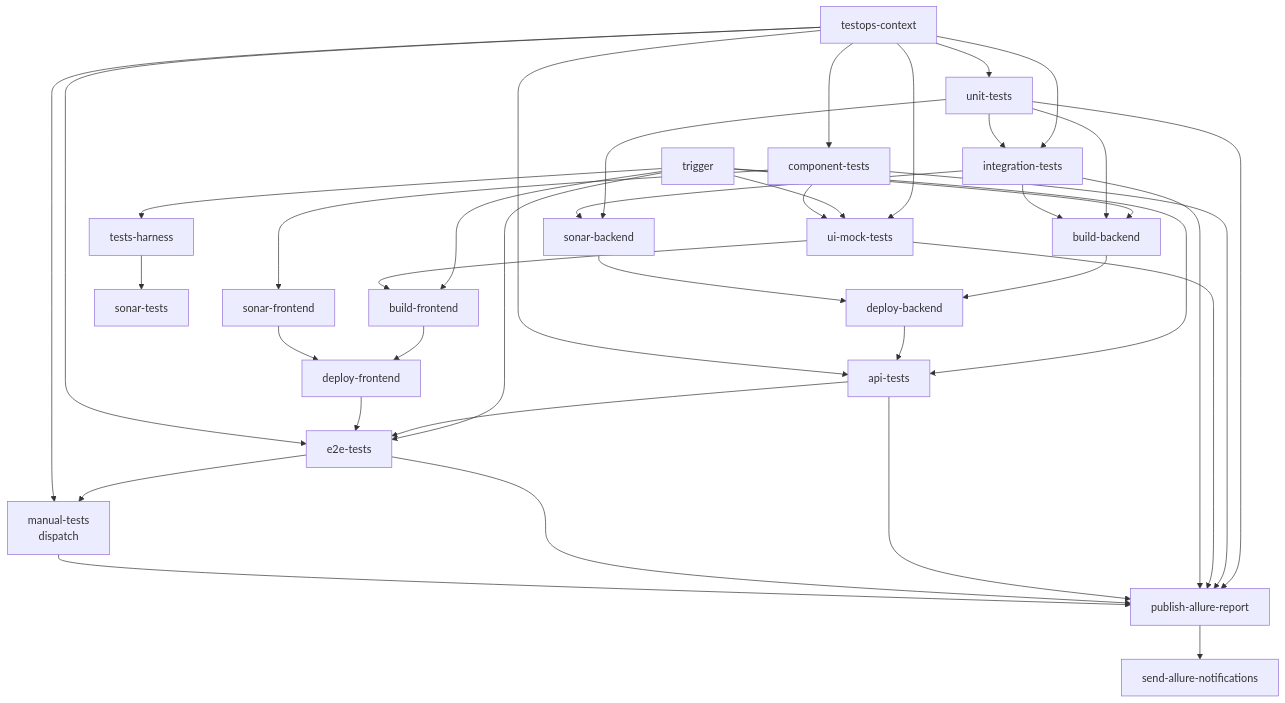
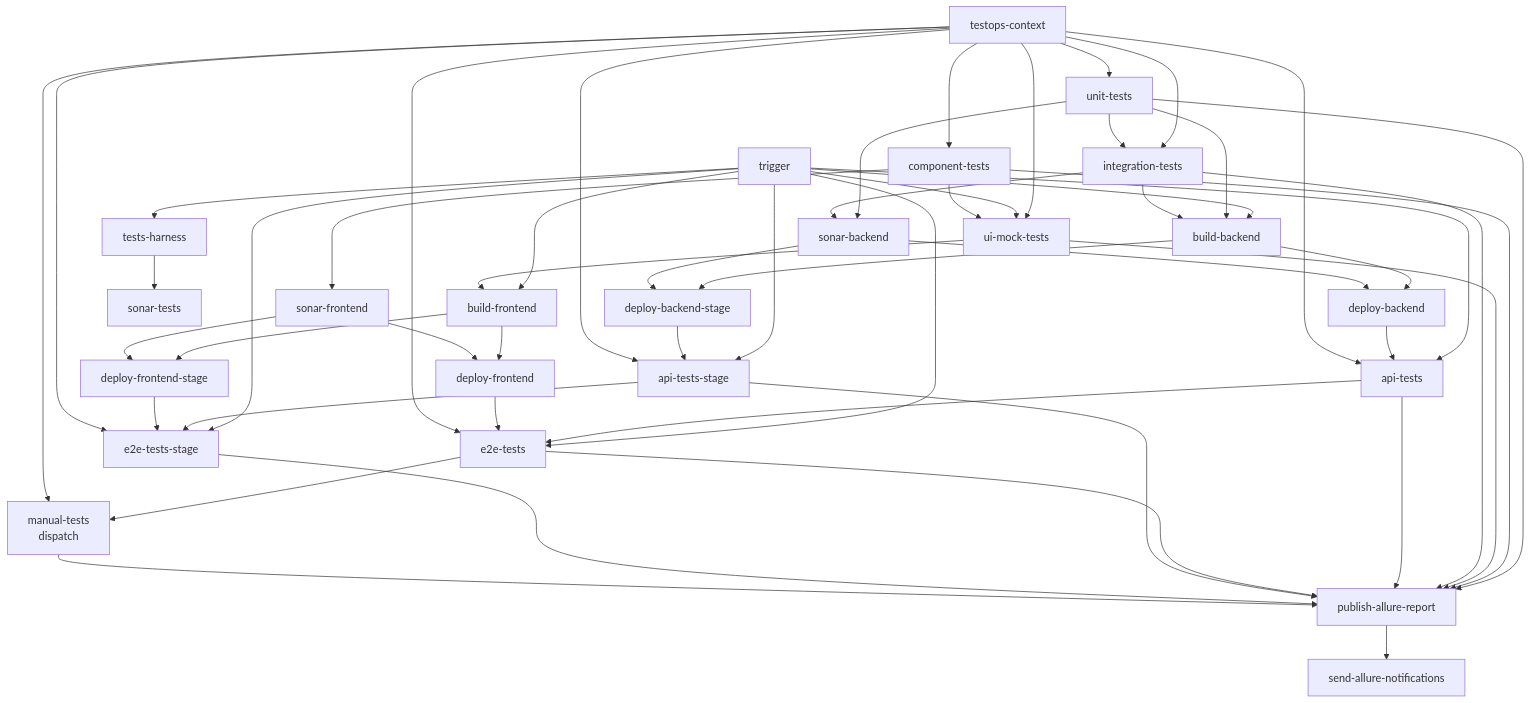
Before and after one commit to autotests-ai/autotests-ai-multistack-app: the diagram in README.md, drawn with Mermaid. The commit also changed other lines of this file and 10 other files, not shown here.

First line of the commit message:
ci: full api/e2e on stage, @Tag(prod) slice on production

````diff
--- a/README.md
+++ b/README.md
@@ -77,47 +77,59 @@
 ```mermaid
 flowchart TB
   TRG[trigger]
   TOC[testops-context]
 
   TOC --> UNIT[unit-tests]
   TOC --> COMP[component-tests]
   TRG --> H[tests-harness]
   TOC --> MOCK[ui-mock-tests]
   TOC --> INT[integration-tests]
 
   TRG --> MOCK
   TRG --> BB
   TRG --> BF
   TRG --> API
   TRG --> E2E
+  TRG --> APIS
+  TRG --> E2ES
 
   UNIT --> INT
   UNIT --> SB[sonar-backend]
   INT --> SB
   COMP --> SF[sonar-frontend]
   COMP --> MOCK
   H --> ST[sonar-tests]
 
   UNIT --> BB[build-backend]
   INT --> BB
   MOCK --> BF[build-frontend]
 
   BB --> DB[deploy-backend]
   SB --> DB
+  BB --> DBS[deploy-backend-stage]
+  SB --> DBS
 
   BF --> DF[deploy-frontend]
   SF --> DF
+  BF --> DFS[deploy-frontend-stage]
+  SF --> DFS
 
   DB --> API[api-tests]
   TOC --> API
 
   API --> E2E[e2e-tests]
   DF --> E2E
   TOC --> E2E
 
+  DBS --> APIS[api-tests-stage]
+  TOC --> APIS
+  APIS --> E2ES[e2e-tests-stage]
+  DFS --> E2ES
+  TOC --> E2ES
+
   E2E --> MAN[manual-tests<br/>dispatch]
   TOC --> MAN
 
-  UNIT & COMP & MOCK & INT & API & E2E & MAN --> PUB[publish-allure-report]
+  UNIT & COMP & MOCK & INT & API & E2E & APIS & E2ES & MAN --> PUB[publish-allure-report]
   PUB --> NTF[send-allure-notifications]
 ```
````
